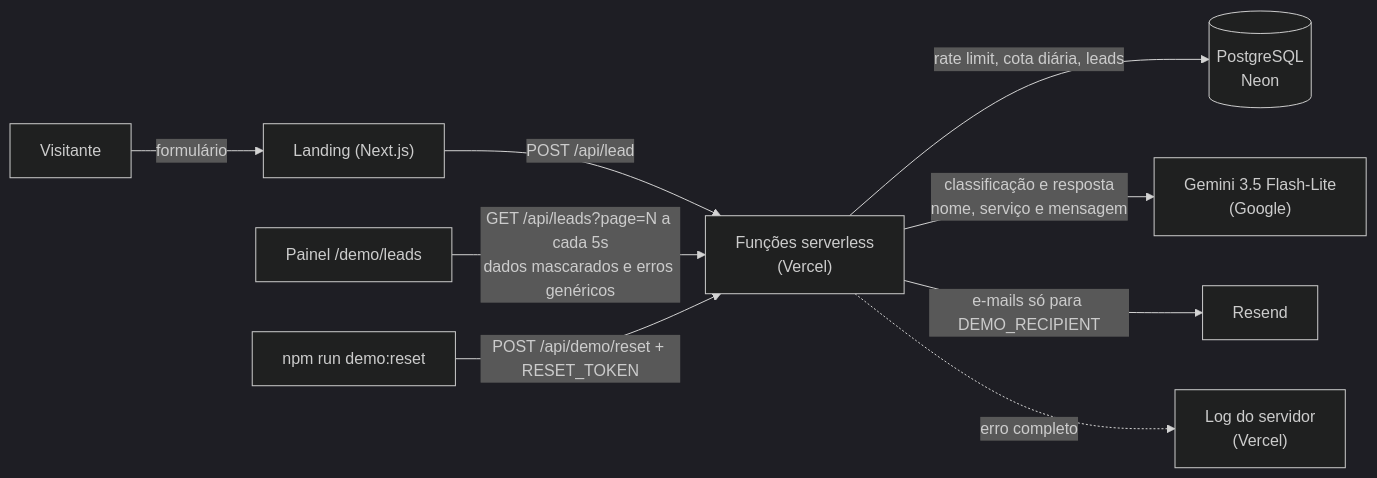
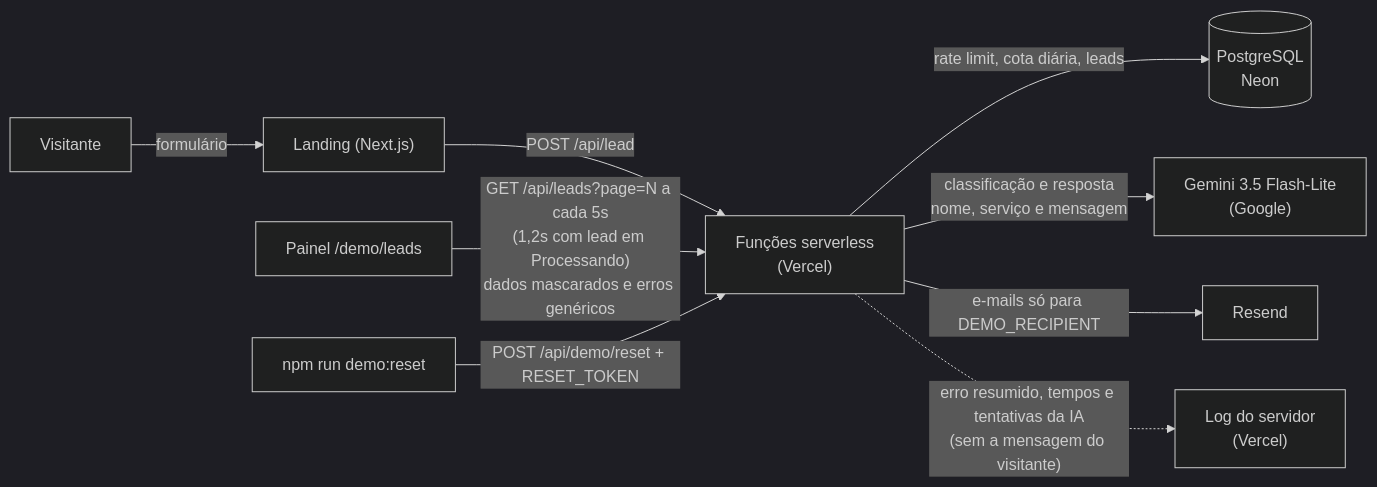
One commit to Joaopedro0s/captacao-inteligente changed the first of 3 diagrams in README.md. Above: the diagram before and after it, drawn with Mermaid (dark theme). The commit also changed other lines of this file and 3 other files, not shown here.

First line of the commit message:
docs: README com estados do lead, latência medida e capturas novas

````diff
--- a/README.md
+++ b/README.md
@@ -26,11 +36,11 @@
 ```mermaid
 flowchart LR
     V[Visitante] -->|formulário| L["Landing (Next.js)"]
     L -->|POST /api/lead| F["Funções serverless<br/>(Vercel)"]
     F -->|rate limit, cota diária, leads| DB[("PostgreSQL<br/>Neon")]
     F -->|classificação e resposta<br/>nome, serviço e mensagem| AI["Gemini 3.5 Flash-Lite<br/>(Google)"]
     F -->|e-mails só para DEMO_RECIPIENT| R[Resend]
-    F -.->|erro completo| LOG["Log do servidor<br/>(Vercel)"]
-    P["Painel /demo/leads"] -->|"GET /api/leads?page=N a cada 5s<br/>dados mascarados e erros genéricos"| F
+    F -.->|"erro resumido, tempos e tentativas da IA<br/>(sem a mensagem do visitante)"| LOG["Log do servidor<br/>(Vercel)"]
+    P["Painel /demo/leads"] -->|"GET /api/leads?page=N a cada 5s<br/>(1,2s com lead em Processando)<br/>dados mascarados e erros genéricos"| F
     S["npm run demo:reset"] -->|"POST /api/demo/reset + RESET_TOKEN"| F
 ```
````
